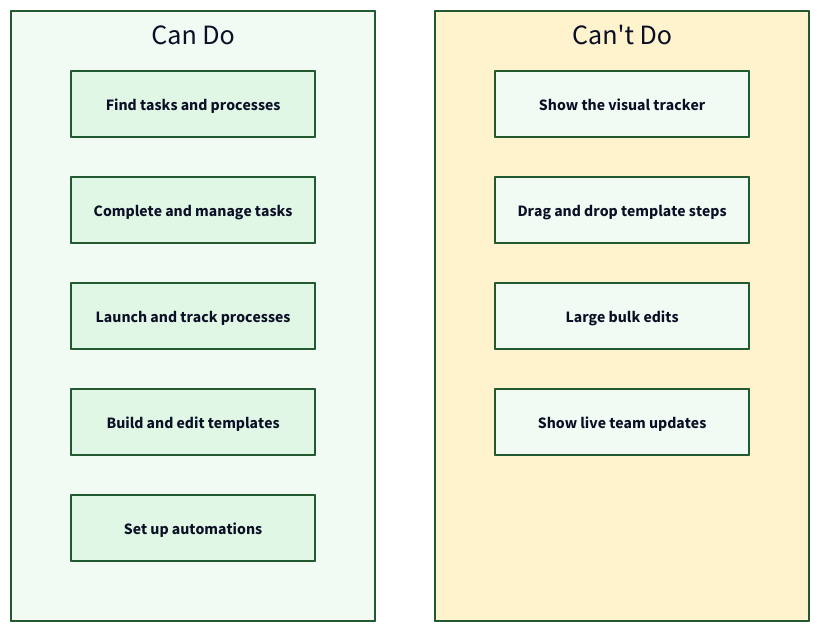
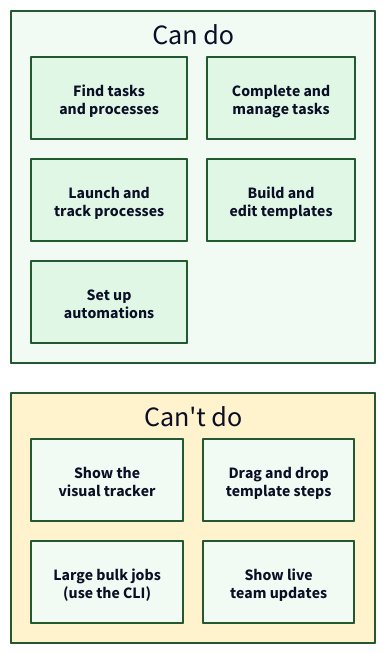
The diagram in src/content/docs/pro/integrations/mcp-server/index.mdx (tallyfy/documentation), drawn with D2 before and after one commit. The commit also changed 14 other files, not shown here.

First line of the commit message:
Redraw 15 diagrams and remove 1 so their text reads at full size

````diff
--- a/src/content/docs/pro/integrations/mcp-server/index.mdx
+++ b/src/content/docs/pro/integrations/mcp-server/index.mdx
@@ -99,57 +99,61 @@
 ```d2
 # What the AI assistant can and cannot do
-grid-columns: 2
-grid-gap: 60
+grid-columns: 1
+grid-gap: 30
 
-Can: Can Do {
-  grid-rows: 5
+Can: Can do {
+  grid-rows: 3
+  grid-columns: 2
+  grid-gap: 20
   style.fill: "#f2faf4"
   style.stroke: "#225930"
   style.stroke-width: 2
 
-  A: Find tasks and processes {
+  A: "Find tasks\nand processes" {
     style.fill: "#e1f7e6"
     style.stroke: "#225930"
   }
-  B: Complete and manage tasks {
+  B: "Complete and\nmanage tasks" {
     style.fill: "#e1f7e6"
     style.stroke: "#225930"
   }
-  C: Launch and track processes {
+  C: "Launch and\ntrack processes" {
     style.fill: "#e1f7e6"
     style.stroke: "#225930"
   }
-  D: Build and edit templates {
+  D: "Build and\nedit templates" {
     style.fill: "#e1f7e6"
     style.stroke: "#225930"
   }
-  E: Set up automations {
+  E: "Set up\nautomations" {
     style.fill: "#e1f7e6"
     style.stroke: "#225930"
   }
 }
 
-Cannot: Can't Do {
-  grid-rows: 5
+Cannot: Can't do {
+  grid-rows: 2
+  grid-columns: 2
+  grid-gap: 20
   style.fill: "#fff3cd"
   style.stroke: "#225930"
   style.stroke-width: 2
 
-  A: Show the visual tracker {
+  A: "Show the\nvisual tracker" {
     style.fill: "#f2faf4"
     style.stroke: "#225930"
   }
-  B: Drag and drop template steps {
+  B: "Drag and drop\ntemplate steps" {
     style.fill: "#f2faf4"
     style.stroke: "#225930"
   }
-  C: Large bulk edits {
+  C: "Large bulk jobs\n(use the CLI)" {
     style.fill: "#f2faf4"
     style.stroke: "#225930"
   }
-  E: Show live team updates {
+  E: "Show live\nteam updates" {
     style.fill: "#f2faf4"
     style.stroke: "#225930"
   }
 }
 ```
````
